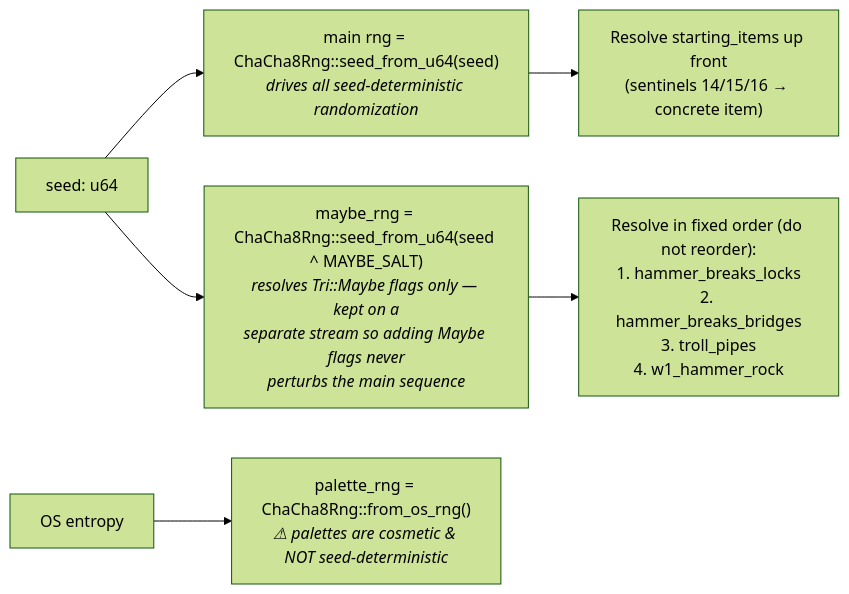
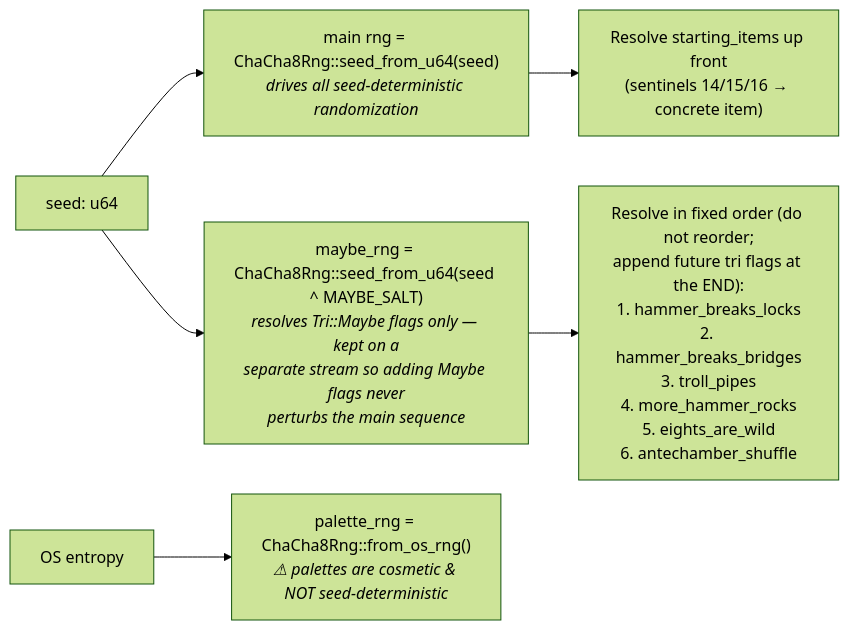
One commit to hamstringquestionable/smb3-rs changed the second of 2 diagrams in docs/application_flow.md. Above: the diagram before and after it, drawn with Mermaid (forest theme). The commit also changed other lines of this file and 17 other files, not shown here.

````diff
--- a/docs/application_flow.md
+++ b/docs/application_flow.md
@@ -38,9 +40,9 @@
 ```mermaid
 flowchart LR
     SEED["seed: u64"] --> R1["main rng = ChaCha8Rng::seed_from_u64(seed)<br/><i>drives all seed-deterministic randomization</i>"]
     SEED --> R2["maybe_rng = ChaCha8Rng::seed_from_u64(seed ^ MAYBE_SALT)<br/><i>resolves Tri::Maybe flags only — kept on a<br/>separate stream so adding Maybe flags never<br/>perturbs the main sequence</i>"]
     OS["OS entropy"] --> R3["palette_rng = ChaCha8Rng::from_os_rng()<br/><i>⚠ palettes are cosmetic & NOT seed-deterministic</i>"]
 
-    R2 --> M["Resolve in fixed order (do not reorder):<br/>1. hammer_breaks_locks<br/>2. hammer_breaks_bridges<br/>3. troll_pipes<br/>4. w1_hammer_rock"]
+    R2 --> M["Resolve in fixed order (do not reorder;<br/>append future tri flags at the END):<br/>1. hammer_breaks_locks<br/>2. hammer_breaks_bridges<br/>3. troll_pipes<br/>4. more_hammer_rocks<br/>5. eights_are_wild<br/>6. antechamber_shuffle"]
     R1 --> SI["Resolve starting_items up front<br/>(sentinels 14/15/16 → concrete item)"]
 ```
````
